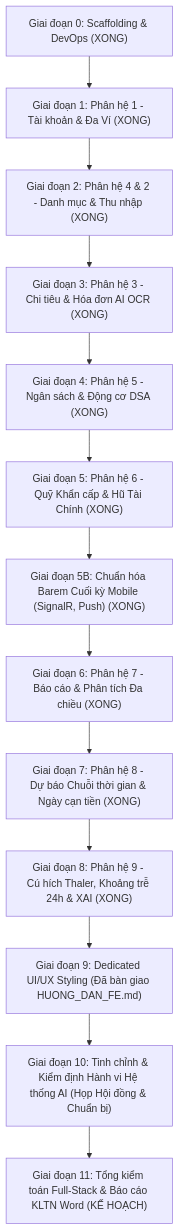
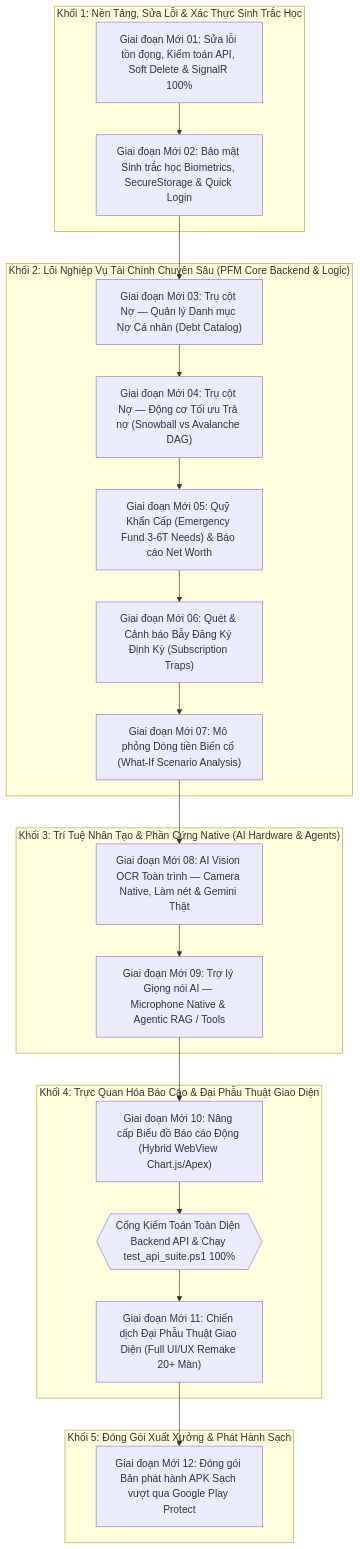
One commit to Datgh37/analyze-system-subject changed the diagram in mobile-project/dotnet-maui-ver/implement-docs/MASTER_PROJECT_ROADMAP.md. Above: the diagram before and after it, drawn with Mermaid. The commit also changed other lines of this file and 155 other files, not shown here.

````diff
--- a/mobile-project/dotnet-maui-ver/implement-docs/MASTER_PROJECT_ROADMAP.md
+++ b/mobile-project/dotnet-maui-ver/implement-docs/MASTER_PROJECT_ROADMAP.md
@@ -52,15 +64,32 @@
 ```mermaid
 flowchart TD
-    G0["Giai đoạn 0: Scaffolding & DevOps (XONG)"] --> G1["Giai đoạn 1: Phân hệ 1 - Tài khoản & Đa Ví (XONG)"]
-    G1 --> G2["Giai đoạn 2: Phân hệ 4 & 2 - Danh mục & Thu nhập (XONG)"]
-    G2 --> G3["Giai đoạn 3: Phân hệ 3 - Chi tiêu & Hóa đơn AI OCR (XONG)"]
-    G3 --> G4["Giai đoạn 4: Phân hệ 5 - Ngân sách & Động cơ DSA (XONG)"]
-    G4 --> G5["Giai đoạn 5: Phân hệ 6 - Quỹ Khẩn cấp & Hũ Tài Chính (XONG)"]
-    G5 --> G5B["Giai đoạn 5B: Chuẩn hóa Barem Cuối kỳ Mobile (SignalR, Push) (XONG)"]
-    G5B --> G6["Giai đoạn 6: Phân hệ 7 - Báo cáo & Phân tích Đa chiều (XONG)"]
-    G6 --> G7["Giai đoạn 7: Phân hệ 8 - Dự báo Chuỗi thời gian & Ngày cạn tiền (XONG)"]
-    G7 --> G8["Giai đoạn 8: Phân hệ 9 - Cú hích Thaler, Khoảng trễ 24h & XAI (XONG)"]
-    G8 --> G9["Giai đoạn 9: Dedicated UI/UX Styling (Đã bàn giao HUONG_DAN_FE.md)"]
-    G9 --> G10["Giai đoạn 10: Tinh chỉnh & Kiểm định Hành vi Hệ thống AI (Họp Hội đồng & Chuẩn bị)"]
-    G10 --> G11["Giai đoạn 11: Tổng kiểm toán Full-Stack & Báo cáo KLTN Word (KẾ HOẠCH)"]
+    subgraph S1 ["Khối 1: Nền Tảng, Sửa Lỗi & Xác Thực Sinh Trắc Học"]
+        M01["Giai đoạn Mới 01: Sửa lỗi tồn đọng, Kiểm toán API, Soft Delete & SignalR 100%"]
+        M02["Giai đoạn Mới 02: Bảo mật Sinh trắc học Biometrics, SecureStorage & Quick Login"]
+    end
+
+    subgraph S2 ["Khối 2: Lõi Nghiệp Vụ Tài Chính Chuyên Sâu (PFM Core Backend & Logic)"]
+        M03["Giai đoạn Mới 03: Trụ cột Nợ — Quản lý Danh mục Nợ Cá nhân (Debt Catalog)"]
+        M04["Giai đoạn Mới 04: Trụ cột Nợ — Động cơ Tối ưu Trả nợ (Snowball vs Avalanche DAG)"]
+        M05["Giai đoạn Mới 05: Quỹ Khẩn Cấp (Emergency Fund 3-6T Needs) & Báo cáo Net Worth"]
+        M06["Giai đoạn Mới 06: Quét & Cảnh báo Bẫy Đăng Ký Định Kỳ (Subscription Traps)"]
+        M07["Giai đoạn Mới 07: Mô phỏng Dòng tiền Biến cố (What-If Scenario Analysis)"]
+    end
+
+    subgraph S3 ["Khối 3: Trí Tuệ Nhân Tạo & Phần Cứng Native (AI Hardware & Agents)"]
+        M08["Giai đoạn Mới 08: AI Vision OCR Toàn trình — Camera Native, Làm nét & Gemini Thật"]
+        M09["Giai đoạn Mới 09: Trợ lý Giọng nói AI — Microphone Native & Agentic RAG / Tools"]
+    end
+
+    subgraph S4 ["Khối 4: Trực Quan Hóa Báo Cáo & Đại Phẫu Thuật Giao Diện"]
+        M10["Giai đoạn Mới 10: Nâng cấp Biểu đồ Báo cáo Động (Hybrid WebView Chart.js/Apex)"]
+        M10_5{{"Cổng Kiểm Toán Toàn Diện Backend API & Chạy test_api_suite.ps1 100%"}}
+        M11["Giai đoạn Mới 11: Chiến dịch Đại Phẫu Thuật Giao Diện (Full UI/UX Remake 20+ Màn)"]
+    end
+
+    subgraph S5 ["Khối 5: Đóng Gói Xuất Xưởng & Phát Hành Sạch"]
+        M12["Giai đoạn Mới 12: Đóng gói Bản phát hành APK Sạch vượt qua Google Play Protect"]
+    end
+
+    M01 --> M02 --> M03 --> M04 --> M05 --> M06 --> M07 --> M08 --> M09 --> M10 --> M10_5 --> M11 --> M12
 ```
````
